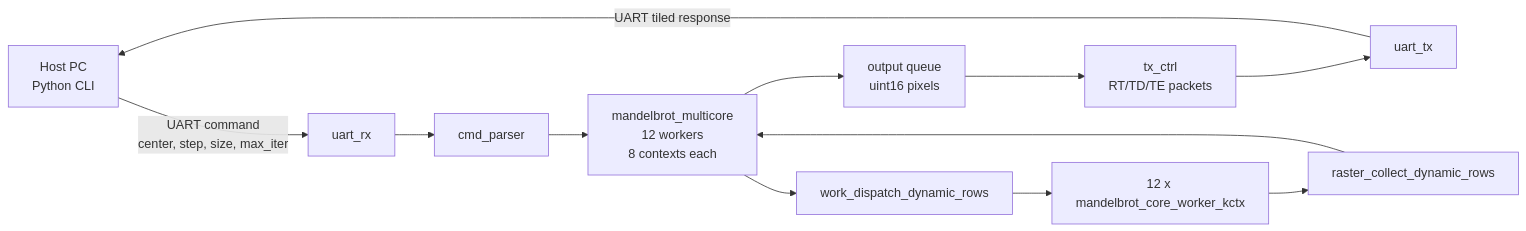
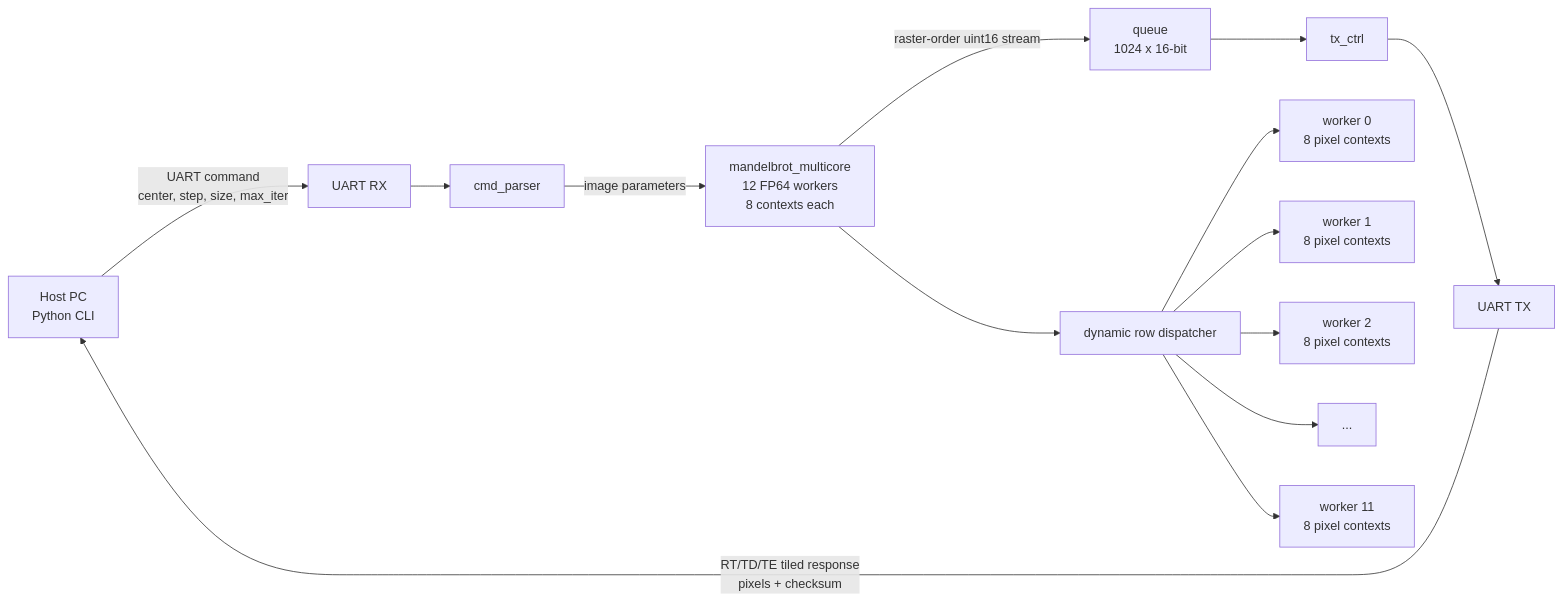
Before and after one commit to RESBI/FPGA-Mandelbrot-Demo: the first of 2 diagrams in README.md, drawn with Mermaid. The commit also changed other lines of this file, not shown here.

Commit message:
Restore README diagrams and disclosure

````diff
--- a/README.md
+++ b/README.md
@@ -46,15 +46,17 @@
 ```mermaid
 flowchart LR
-    PC[Host PC<br/>Python CLI] -->|UART command<br/>center, step, size, max_iter| RX[uart_rx]
-    RX --> CMD[cmd_parser]
-    CMD --> CORE[mandelbrot_multicore<br/>12 workers<br/>8 contexts each]
-    CORE --> FIFO[output queue<br/>uint16 pixels]
-    FIFO --> TXC[tx_ctrl<br/>RT/TD/TE packets]
-    TXC --> TX[uart_tx]
-    TX -->|UART tiled response| PC
+    PC[Host PC<br/>Python CLI] -->|UART command<br/>center, step, size, max_iter| RX[UART RX]
+    RX --> Parser[cmd_parser]
+    Parser -->|image parameters| Core[mandelbrot_multicore<br/>12 FP64 workers<br/>8 contexts each]
+    Core -->|raster-order uint16 stream| FIFO[queue<br/>1024 x 16-bit]
+    FIFO --> TXC[tx_ctrl]
+    TXC --> TX[UART TX]
+    TX -->|RT/TD/TE tiled response<br/>pixels + checksum| PC
 
-    CORE --> DISP[work_dispatch_dynamic_rows]
-    DISP --> W[12 x mandelbrot_core_worker_kctx]
-    W --> COLLECT[raster_collect_dynamic_rows]
-    COLLECT --> CORE
+    Core --> SCHED[dynamic row dispatcher]
+    SCHED --> W0[worker 0<br/>8 pixel contexts]
+    SCHED --> W1[worker 1<br/>8 pixel contexts]
+    SCHED --> W2[worker 2<br/>8 pixel contexts]
+    SCHED --> WN[...]
+    SCHED --> W11[worker 11<br/>8 pixel contexts]
 ```
````
